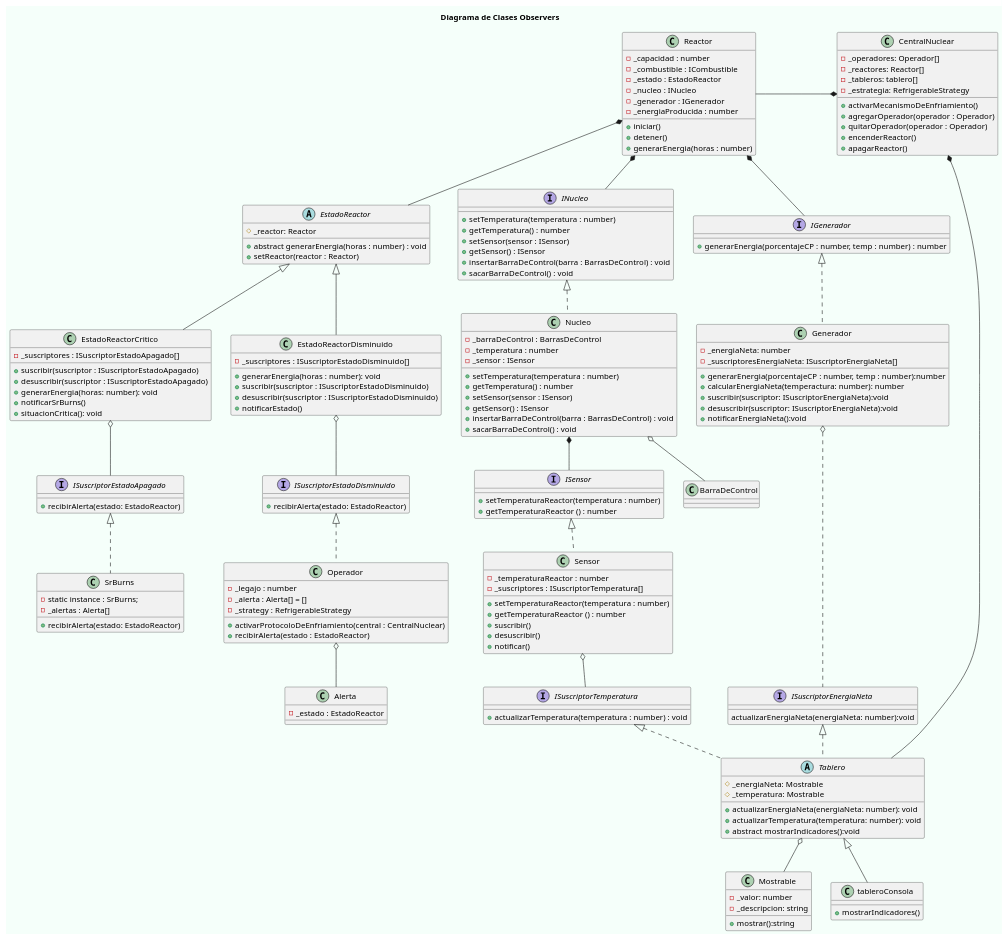
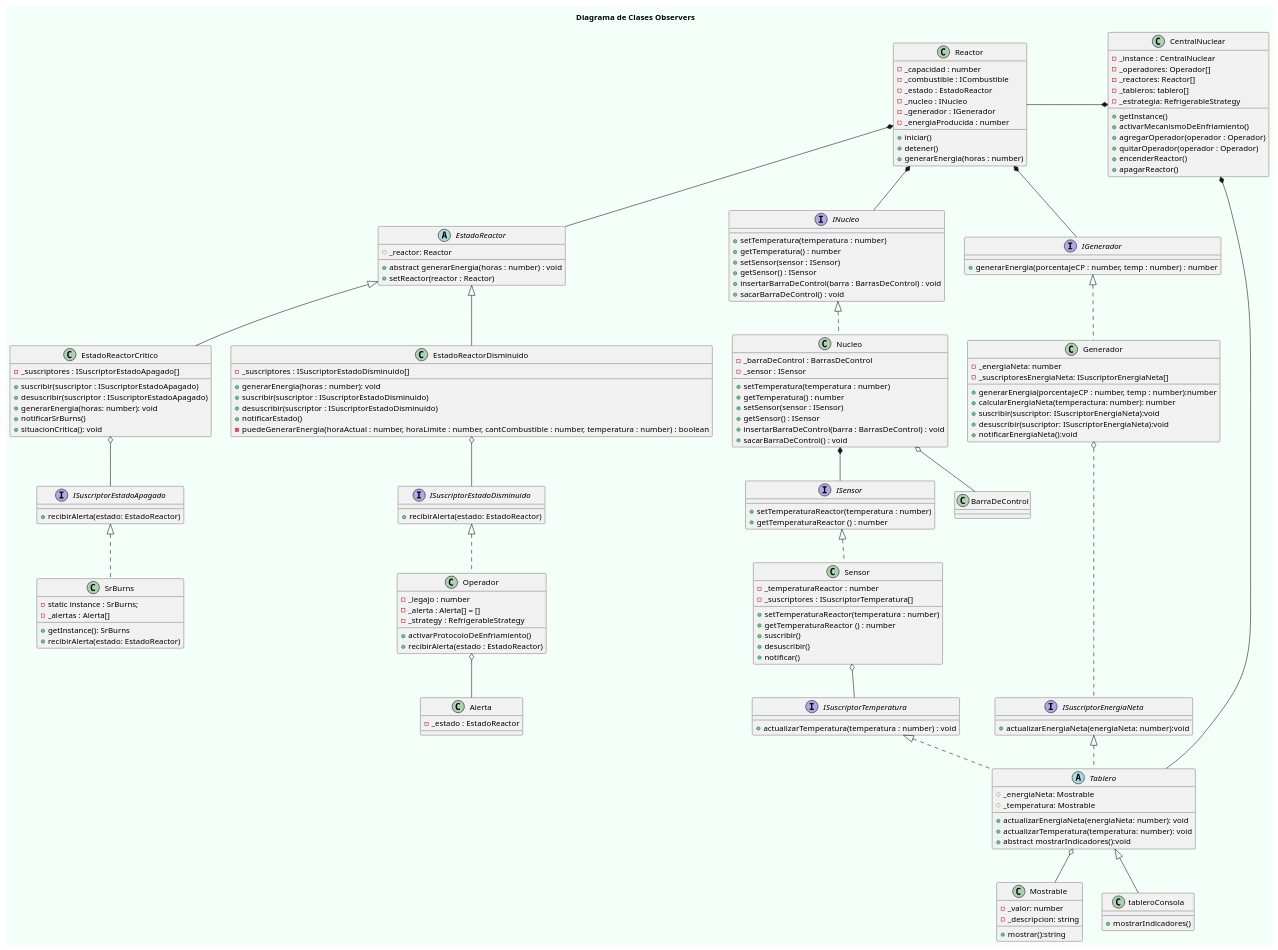
The diagram in diagramas/DiagramaDeClasesObservadores.puml (fedef1982/Trabajo-Practico-Laboratorio3-2024-Reactor-Nuclear), drawn with PlantUML before and after one commit.

```diff
--- a/diagramas/DiagramaDeClasesObservadores.puml
+++ b/diagramas/DiagramaDeClasesObservadores.puml
@@ -1,188 +1,190 @@
 @startuml Diagrama
 
 title Diagrama de Clases Observers
 skinparam BackgroundColor mintcream
 ' Relaciones
 CentralNuclear *-l- Reactor
 CentralNuclear *-- Tablero
 
 Reactor *-- EstadoReactor
 Reactor *-- INucleo
 Reactor *-- IGenerador
 
 Generador o.. ISuscriptorEnergiaNeta
 
 EstadoReactorCritico o-- ISuscriptorEstadoApagado
 EstadoReactorDisminuido o-- ISuscriptorEstadoDisminuido
 
 Nucleo *-- ISensor
 Nucleo o-- BarraDeControl
 
 Sensor o-- ISuscriptorTemperatura
 Operador o-- Alerta
 Tablero o-- Mostrable
 
 ' Clases
 class CentralNuclear{
+    - _instance : CentralNuclear
     - _operadores: Operador[]
     - _reactores: Reactor[]
     - _tableros: tablero[]
     - _estrategia: RefrigerableStrategy
     
+    + getInstance()
     + activarMecanismoDeEnfriamiento()
     + agregarOperador(operador : Operador)
     + quitarOperador(operador : Operador)
     + encenderReactor()
     + apagarReactor()
 }
 
 class Reactor{
     - _capacidad : number
     - _combustible : ICombustible
     - _estado : EstadoReactor
     - _nucleo : INucleo
     - _generador : IGenerador
     - _energiaProducida : number
 
     + iniciar()
     + detener()
     + generarEnergia(horas : number)
 }
 
 interface IGenerador {
     + generarEnergia(porcentajeCP : number, temp : number) : number
 }
 
 interface ISuscriptorEnergiaNeta{
-    actualizarEnergiaNeta(energiaNeta: number):void
+    + actualizarEnergiaNeta(energiaNeta: number):void
 }
 
 class Generador implements IGenerador {
     - _energiaNeta: number
     - _suscriptoresEnergiaNeta: ISuscriptorEnergiaNeta[]
 
     + generarEnergia(porcentajeCP : number, temp : number):number
     + calcularEnergiaNeta(temperactura: number): number
     + suscribir(suscriptor: ISuscriptorEnergiaNeta):void
     + desuscribir(suscriptor: ISuscriptorEnergiaNeta):void
     + notificarEnergiaNeta():void
 }
 
 interface ISensor{
     + setTemperaturaReactor(temperatura : number)
     + getTemperaturaReactor () : number
 }
 
 class Sensor implements ISensor{
     - _temperaturaReactor : number
     - _suscriptores : ISuscriptorTemperatura[]
 
     + setTemperaturaReactor(temperatura : number)
     + getTemperaturaReactor () : number
     + suscribir()
     + desuscribir()
     + notificar()
 }
 
 interface ISuscriptorTemperatura{
     + actualizarTemperatura(temperatura : number) : void
 }
 
 abstract class Tablero implements ISuscriptorEnergiaNeta, ISuscriptorTemperatura{
     # _energiaNeta: Mostrable
     # _temperatura: Mostrable
 
     + actualizarEnergiaNeta(energiaNeta: number): void
     + actualizarTemperatura(temperatura: number): void 
     + abstract mostrarIndicadores():void
 }
 
 class tableroConsola extends Tablero{
     + mostrarIndicadores()
-
 }
 
 class Mostrable{
     - _valor: number
     - _descripcion: string
 
     + mostrar():string
 }
 
 interface INucleo{
     + setTemperatura(temperatura : number)
     + getTemperatura() : number
     + setSensor(sensor : ISensor) 
     + getSensor() : ISensor
     + insertarBarraDeControl(barra : BarrasDeControl) : void
     + sacarBarraDeControl() : void
 }
 
 class Nucleo implements INucleo{
     - _barraDeControl : BarrasDeControl
-    - _temperatura : number
     - _sensor : ISensor
         
     + setTemperatura(temperatura : number)
     + getTemperatura() : number
     + setSensor(sensor : ISensor) 
     + getSensor() : ISensor
     + insertarBarraDeControl(barra : BarrasDeControl) : void
     + sacarBarraDeControl() : void
 }
 
 abstract class EstadoReactor{
     # _reactor: Reactor
 
     + abstract generarEnergia(horas : number) : void
     + setReactor(reactor : Reactor)
 }
 
 interface ISuscriptorEstadoDisminuido{
     + recibirAlerta(estado: EstadoReactor)
 }
 
 interface ISuscriptorEstadoApagado{
     + recibirAlerta(estado: EstadoReactor)
 }
     
 class EstadoReactorCritico extends EstadoReactor{
     - _suscriptores : ISuscriptorEstadoApagado[]
 
     + suscribir(suscriptor : ISuscriptorEstadoApagado)
     + desuscribir(suscriptor : ISuscriptorEstadoApagado)
     + generarEnergia(horas: number): void
     + notificarSrBurns()
     + situacionCritica(): void
 }
 
 class EstadoReactorDisminuido extends EstadoReactor{
     - _suscriptores : ISuscriptorEstadoDisminuido[]
     
     + generarEnergia(horas : number): void
     + suscribir(suscriptor : ISuscriptorEstadoDisminuido)
     + desuscribir(suscriptor : ISuscriptorEstadoDisminuido)
     + notificarEstado()
- }
+    - puedeGenerarEnergia(horaActual : number, horaLimite : number, cantCombustible : number, temperatura : number) : boolean
+}
 
 class Operador implements ISuscriptorEstadoDisminuido{
     - _legajo : number
     - _alerta : Alerta[] = []
     - _strategy : RefrigerableStrategy
 
-    + activarProtocoloDeEnfriamiento(central : CentralNuclear)
+    + activarProtocoloDeEnfriamiento()
     + recibirAlerta(estado : EstadoReactor)
 }
 
 class SrBurns implements ISuscriptorEstadoApagado{
     -  static instance : SrBurns;
     - _alertas : Alerta[]
 
+    + getInstance(): SrBurns
     + recibirAlerta(estado: EstadoReactor)
 }
 
 class Alerta{
     - _estado : EstadoReactor
 } 
 
 @enduml
```
